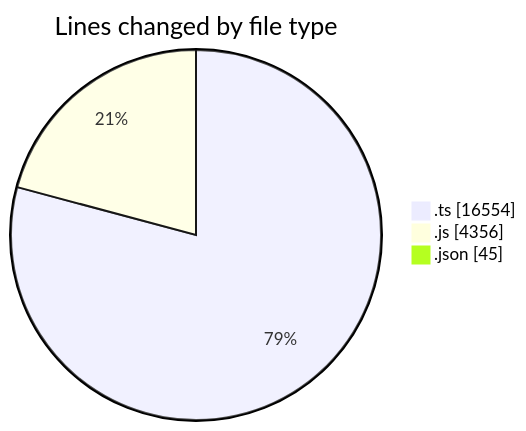
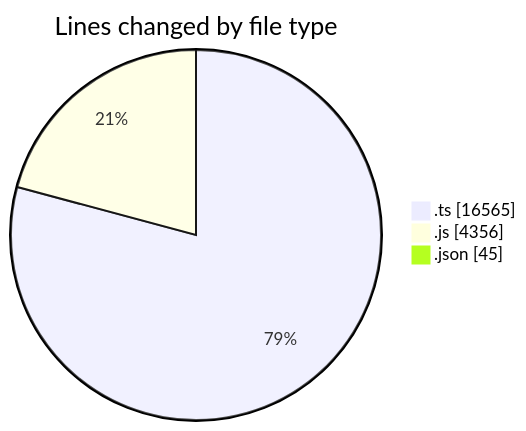
Before and after one commit to momahboobian/code-tracking: the first of 2 diagrams in 2025-07-29/cda/README.md, drawn with Mermaid. The commit also changed other lines of this file and 1 other file, not shown here.

````diff
--- a/2025-07-29/cda/README.md
+++ b/2025-07-29/cda/README.md
@@ -30,7 +30,7 @@
 ```mermaid
 pie showData
 title Lines changed by file type
-".ts" : 16554
+".ts" : 16565
 ".js" : 4356
 ".json" : 45
 ```
````
